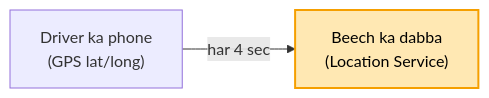
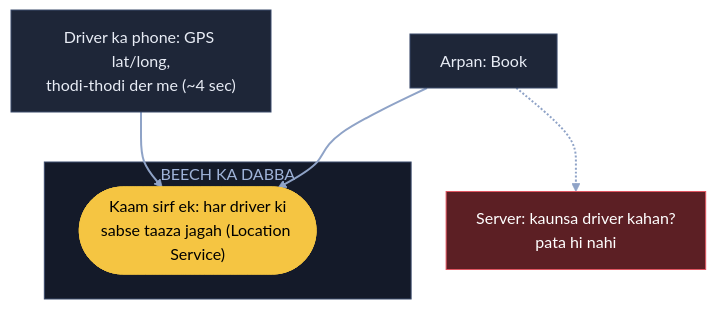
Before and after one commit to ArpanMaheshwari144/Prep: the first of 11 diagrams in 04_HLD/SYSTEM_DESIGNS/15_uber/15_uber.md, drawn with Mermaid. The commit also changed other lines of this file and 3 other files, not shown here.

Commit message:
Uber: 14 diagram hand notes ke shabdon se; K3 / K4 / K10 me naksha + chhoti gaadi (SVG); K6 apni jodi line hatai

````diff
--- a/04_HLD/SYSTEM_DESIGNS/15_uber/15_uber.md
+++ b/04_HLD/SYSTEM_DESIGNS/15_uber/15_uber.md
@@ -33,5 +33,18 @@
 ```mermaid
-flowchart LR
-    D["Driver ka phone<br/>(GPS lat/long)"] -- "har 4 sec" --> L["Beech ka dabba<br/>(Location Service)"]
-    style L fill:#ffe8b3,stroke:#f59f00,stroke-width:2px,color:#000
+flowchart TB
+    A["Arpan: Book"]:::card
+    X["Server: kaunsa driver kahan?<br/>pata hi nahi"]:::bad
+    P["Driver ka phone: GPS lat/long,<br/>thodi-thodi der me (~4 sec)"]:::card
+    subgraph BD["BEECH KA DABBA"]
+        L(["Kaam sirf ek: har driver ki<br/>sabse taaza jagah (Location Service)"]):::pill
+    end
+    A -.-> X
+    P --> L
+    A --> L
+    linkStyle default stroke:#8fa3c7,stroke-width:2px
+    classDef card fill:#1e2638,stroke:#3a4a6b,color:#e8ecf5
+    classDef pill fill:#f5c542,stroke:#f5c542,color:#000
+    classDef good fill:#2e7d4f,stroke:#3fbf6f,color:#fff
+    classDef bad fill:#5c1f24,stroke:#e05561,color:#fff
+    style BD fill:#141a29,stroke:#3a4a6b,color:#9fb3d9
 ```
````
